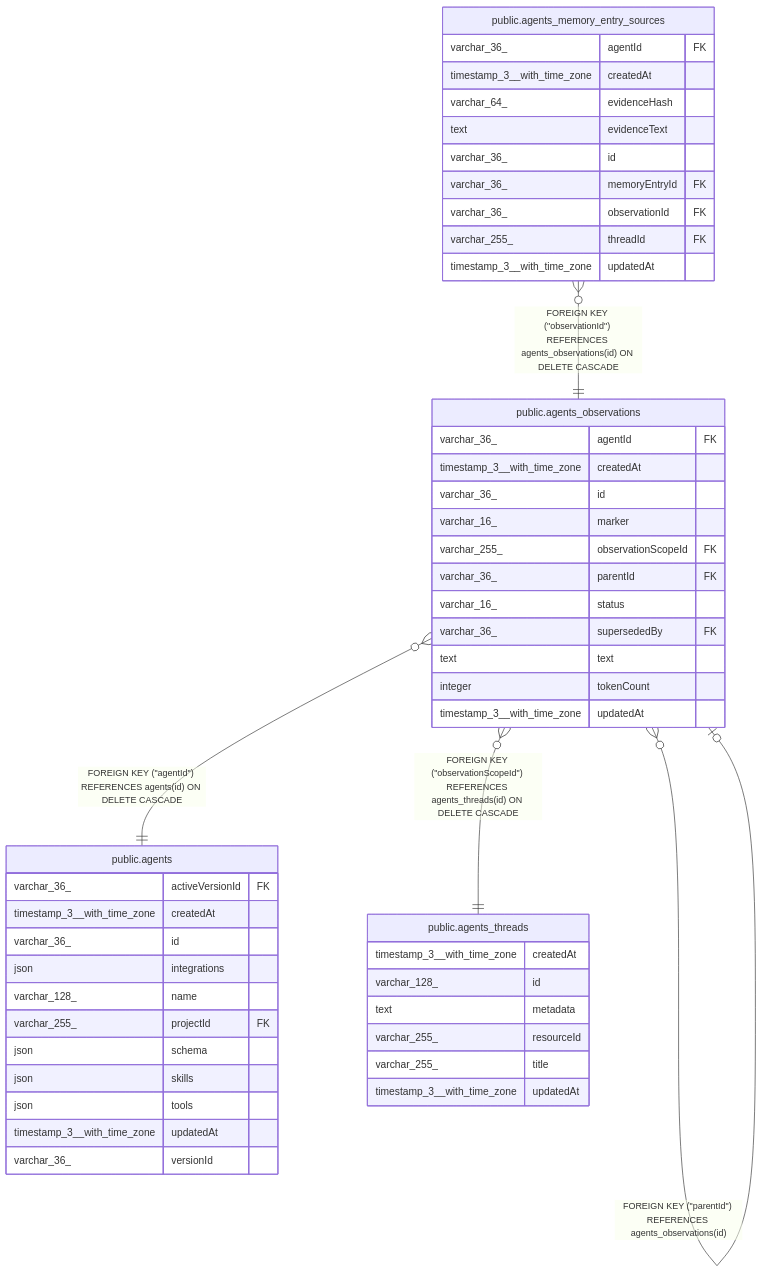
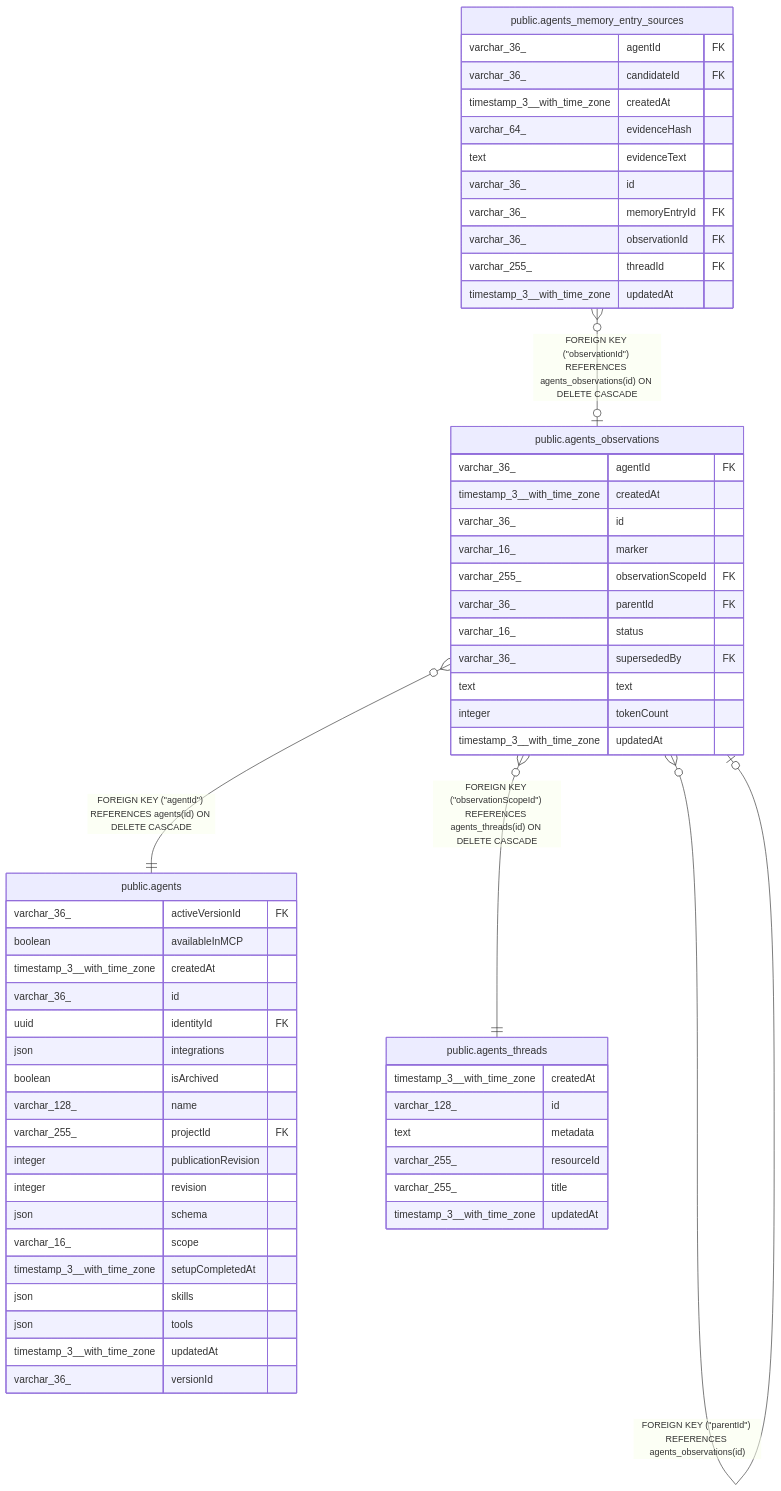
One commit to koreatest12/studys changed the diagram in n8n_integration/n8n_source/docs/generated/postgres-schema/public.agents_observations.md. Above: the diagram before and after it, drawn with Mermaid. The commit also changed 23019 other files, not shown here.

````diff
--- a/n8n_integration/n8n_source/docs/generated/postgres-schema/public.agents_observations.md
+++ b/n8n_integration/n8n_source/docs/generated/postgres-schema/public.agents_observations.md
@@ -52,55 +52,63 @@
 ```mermaid
 erDiagram
 
 "public.agents_observations" }o--|| "public.agents" : "FOREIGN KEY (#quot;agentId#quot;) REFERENCES agents(id) ON DELETE CASCADE"
-"public.agents_memory_entry_sources" }o--|| "public.agents_observations" : "FOREIGN KEY (#quot;observationId#quot;) REFERENCES agents_observations(id) ON DELETE CASCADE"
+"public.agents_memory_entry_sources" }o--o| "public.agents_observations" : "FOREIGN KEY (#quot;observationId#quot;) REFERENCES agents_observations(id) ON DELETE CASCADE"
 "public.agents_observations" }o--o| "public.agents_observations" : "FOREIGN KEY (#quot;supersededBy#quot;) REFERENCES agents_observations(id)"
 "public.agents_observations" }o--o| "public.agents_observations" : "FOREIGN KEY (#quot;parentId#quot;) REFERENCES agents_observations(id)"
 "public.agents_observations" }o--|| "public.agents_threads" : "FOREIGN KEY (#quot;observationScopeId#quot;) REFERENCES agents_threads(id) ON DELETE CASCADE"
 
 "public.agents_observations" {
   varchar_36_ agentId FK
   timestamp_3__with_time_zone createdAt
   varchar_36_ id
   varchar_16_ marker
   varchar_255_ observationScopeId FK
   varchar_36_ parentId FK
   varchar_16_ status
   varchar_36_ supersededBy FK
   text text
   integer tokenCount
   timestamp_3__with_time_zone updatedAt
 }
 "public.agents" {
   varchar_36_ activeVersionId FK
+  boolean availableInMCP
   timestamp_3__with_time_zone createdAt
   varchar_36_ id
+  uuid identityId FK
   json integrations
+  boolean isArchived
   varchar_128_ name
   varchar_255_ projectId FK
+  integer publicationRevision
+  integer revision
   json schema
+  varchar_16_ scope
+  timestamp_3__with_time_zone setupCompletedAt
   json skills
   json tools
   timestamp_3__with_time_zone updatedAt
   varchar_36_ versionId
 }
 "public.agents_memory_entry_sources" {
   varchar_36_ agentId FK
+  varchar_36_ candidateId FK
   timestamp_3__with_time_zone createdAt
   varchar_64_ evidenceHash
   text evidenceText
   varchar_36_ id
   varchar_36_ memoryEntryId FK
   varchar_36_ observationId FK
   varchar_255_ threadId FK
   timestamp_3__with_time_zone updatedAt
 }
 "public.agents_threads" {
   timestamp_3__with_time_zone createdAt
   varchar_128_ id
   text metadata
   varchar_255_ resourceId
   varchar_255_ title
   timestamp_3__with_time_zone updatedAt
 }
 ```
````
